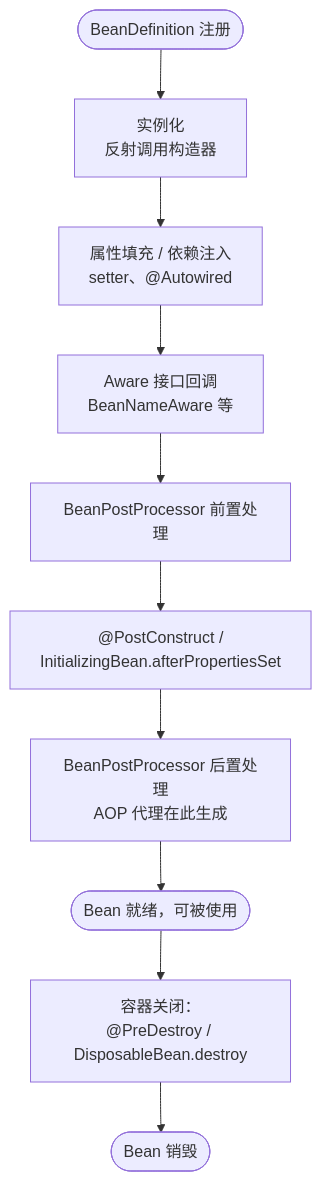
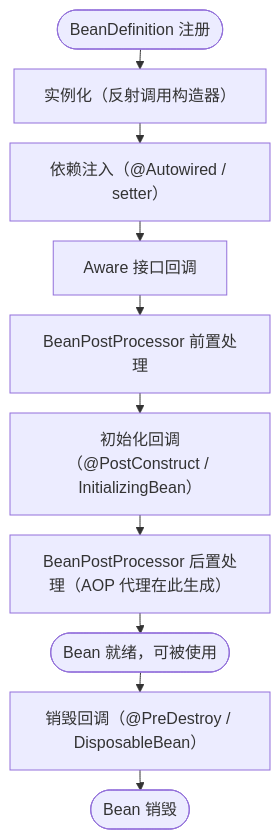
The first of 5 diagrams in docs/contents/spring/Spring.md (jiangjihui/docsify), drawn with Mermaid before and after one commit. The commit also changed other lines of this file and 57 other files, not shown here.

Commit message:
feat: 增加图示

````diff
--- a/docs/contents/spring/Spring.md
+++ b/docs/contents/spring/Spring.md
@@ -126,12 +126,13 @@
 ```mermaid
+%%{init: {'flowchart': {'rankSpacing': 20, 'nodeSpacing': 25}}}%%
 flowchart TD
-    A([BeanDefinition 注册]) --> B["实例化<br/>反射调用构造器"]
-    B --> C["属性填充 / 依赖注入<br/>setter、@Autowired"]
-    C --> D["Aware 接口回调<br/>BeanNameAware 等"]
+    A([BeanDefinition 注册]) --> B["实例化（反射调用构造器）"]
+    B --> C["依赖注入（@Autowired / setter）"]
+    C --> D["Aware 接口回调"]
     D --> E["BeanPostProcessor 前置处理"]
-    E --> F["@PostConstruct /<br/>InitializingBean.afterPropertiesSet"]
-    F --> G["BeanPostProcessor 后置处理<br/>AOP 代理在此生成"]
+    E --> F["初始化回调（@PostConstruct / InitializingBean）"]
+    F --> G["BeanPostProcessor 后置处理（AOP 代理在此生成）"]
     G --> H([Bean 就绪，可被使用])
-    H --> I["容器关闭：<br/>@PreDestroy / DisposableBean.destroy"]
+    H --> I["销毁回调（@PreDestroy / DisposableBean）"]
     I --> J([Bean 销毁])
 ```
````
